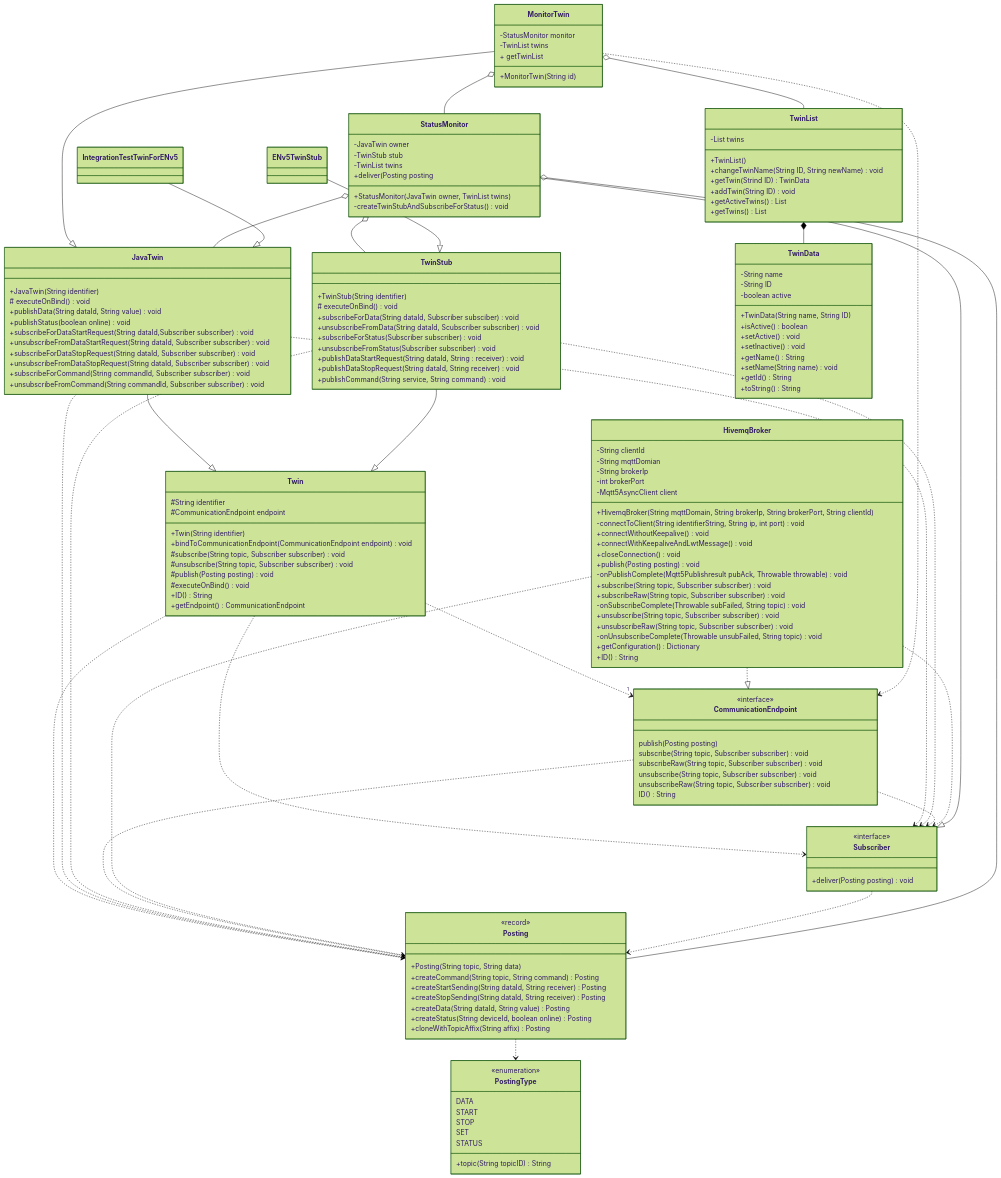
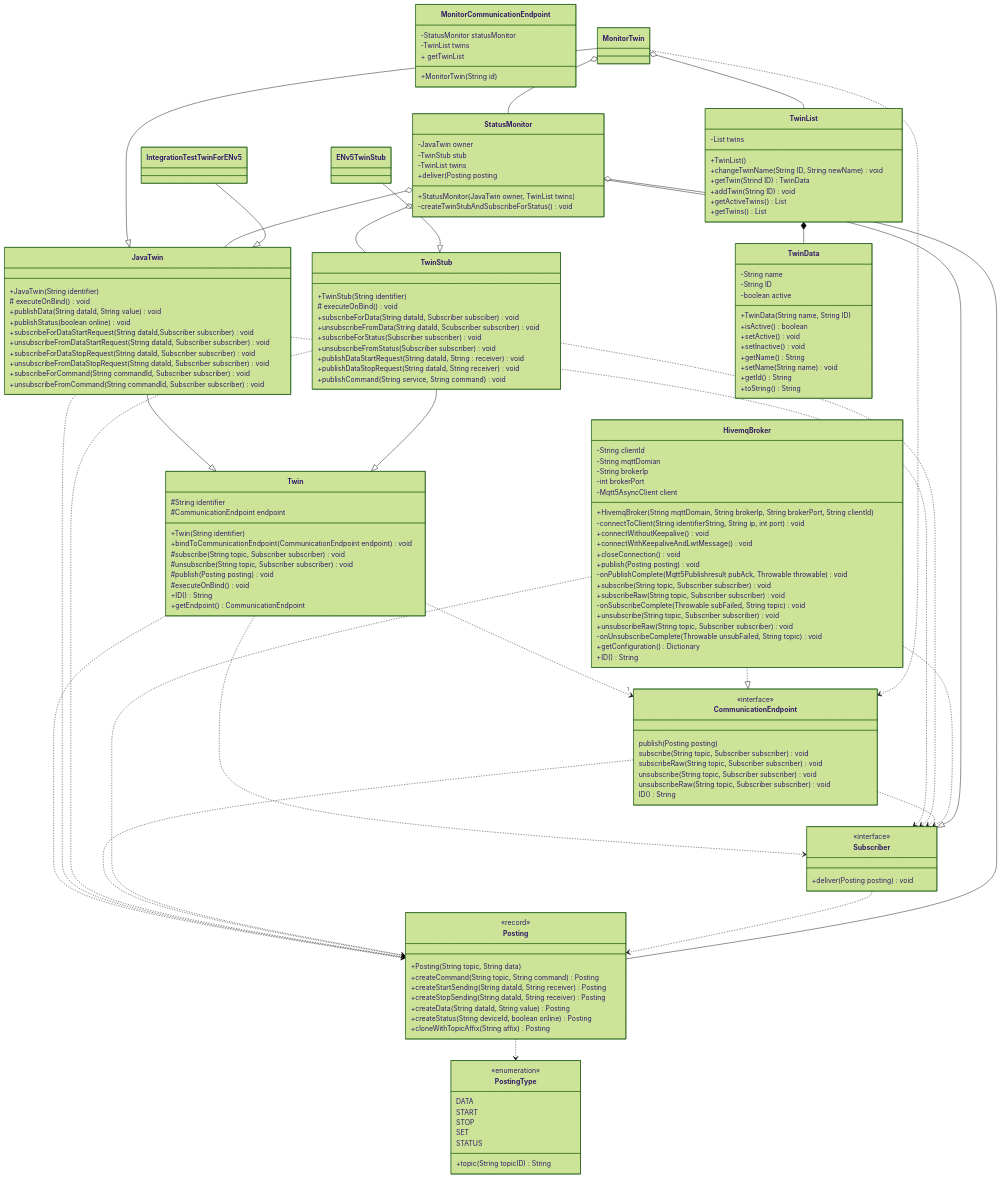
Before and after one commit to es-ude/elastic-ai.runtime.cloud: the diagram in documentation/CONTRIBUTING.md, drawn with Mermaid. The commit also changed 61 other files, not shown here.

Commit message:
chore(renaming): twin -> CommunicationEndpoint

```diff
--- a/documentation/CONTRIBUTING.md
+++ b/documentation/CONTRIBUTING.md
@@ -170,8 +170,8 @@
   }
   TwinList *-- TwinData
 
-  class MonitorTwin {
-    -StatusMonitor monitor
+  class MonitorCommunicationEndpoint {
+    -StatusMonitor statusMonitor
     -TwinList twins
 
     +MonitorTwin(String id)
```
